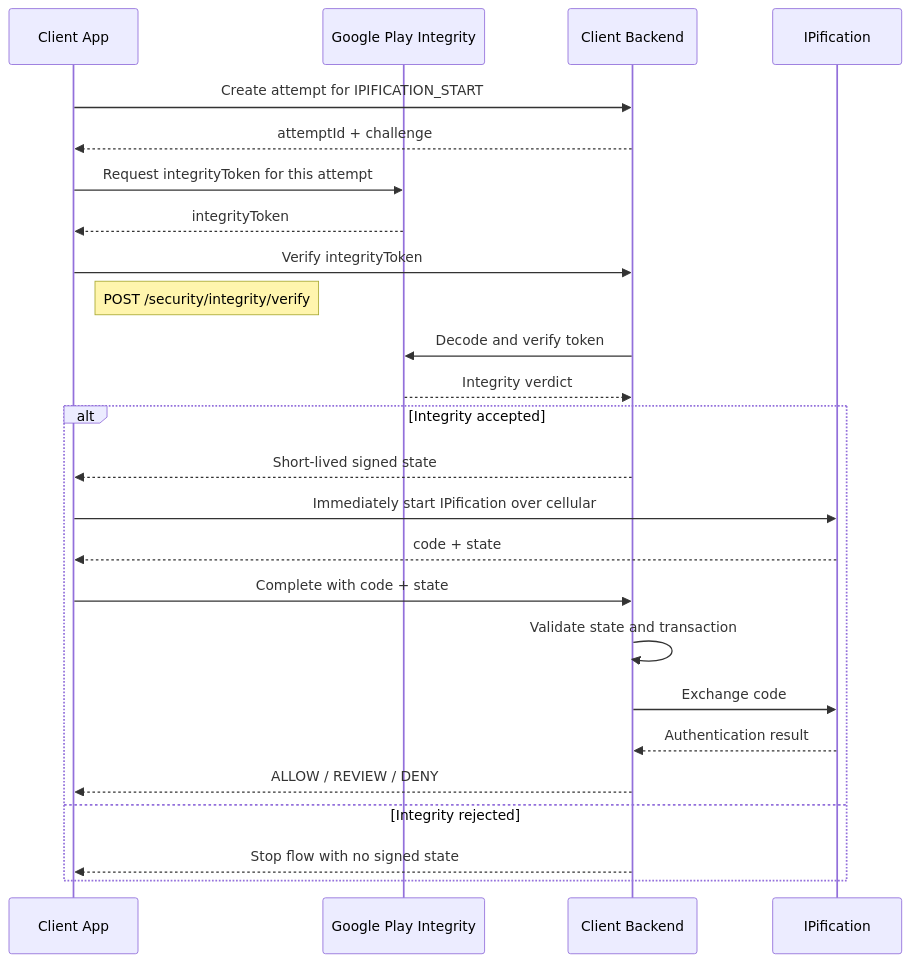
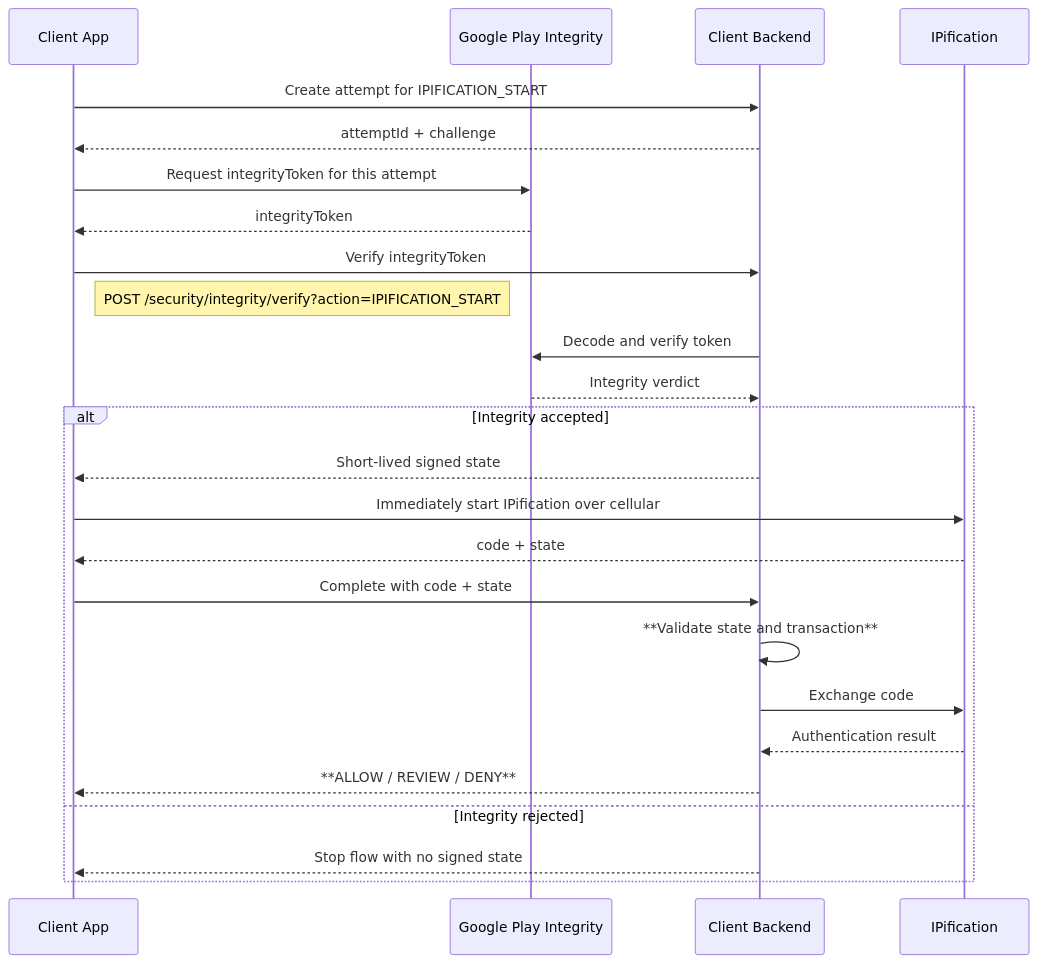
The diagram in docs/android-play-integrity-ipification.md (bvantagelimited/ipification-mobile-sdk-code-snippet), drawn with Mermaid before and after one commit. The commit also changed other lines of this file, not shown here.

````diff
--- a/docs/android-play-integrity-ipification.md
+++ b/docs/android-play-integrity-ipification.md
@@ -17,30 +17,30 @@
 ```mermaid
 sequenceDiagram
     participant App as Client App
     participant Google as Google Play Integrity
     participant Backend as Client Backend
     participant IP as IPification
 
     App->>Backend: Create attempt for IPIFICATION_START
     Backend-->>App: attemptId + challenge
     App->>Google: Request integrityToken for this attempt
     Google-->>App: integrityToken
 
     App->>Backend: Verify integrityToken
-    Note right of App: POST /security/integrity/verify
+    Note right of App: POST /security/integrity/verify?action=IPIFICATION_START
     Backend->>Google: Decode and verify token
     Google-->>Backend: Integrity verdict
 
     alt Integrity accepted
         Backend-->>App: Short-lived signed state
         App->>IP: Immediately start IPification over cellular
         IP-->>App: code + state
         App->>Backend: Complete with code + state
-        Backend->>Backend: Validate state and transaction
+        Backend->>Backend: **Validate state and transaction**
         Backend->>IP: Exchange code
         IP-->>Backend: Authentication result
-        Backend-->>App: ALLOW / REVIEW / DENY
+        Backend-->>App: **ALLOW / REVIEW / DENY**
     else Integrity rejected
         Backend-->>App: Stop flow with no signed state
     end
 ```
````
